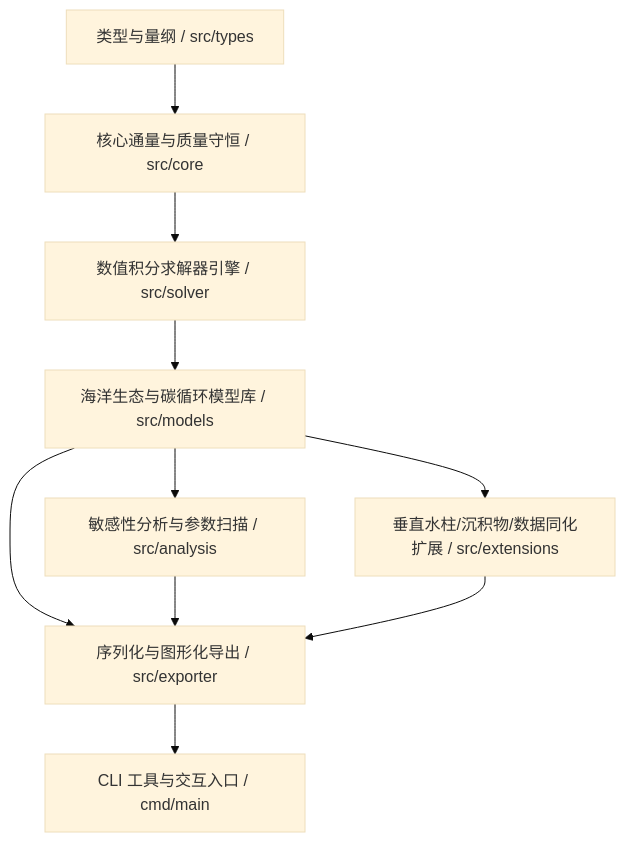
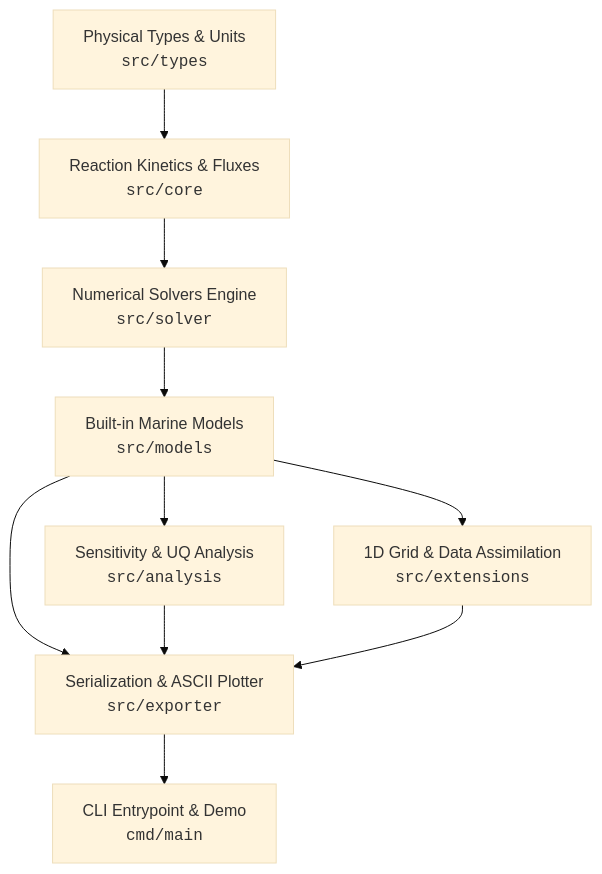
The diagram in README.md (lqlnvj/moonbit-biogeochem), drawn with Mermaid (base theme) before and after one commit. The commit also changed other lines of this file, not shown here.

````diff
--- a/README.md
+++ b/README.md
@@ -36,10 +26,10 @@
 ```mermaid
 flowchart TD
-    A[类型与量纲 / src/types] --> B[核心通量与质量守恒 / src/core]
-    B --> C[数值积分求解器引擎 / src/solver]
-    C --> D[海洋生态与碳循环模型库 / src/models]
-    D --> E[敏感性分析与参数扫描 / src/analysis]
-    D --> F[垂直水柱/沉积物/数据同化扩展 / src/extensions]
-    D & E & F --> G[序列化与图形化导出 / src/exporter]
-    G --> H[CLI 工具与交互入口 / cmd/main]
+    A["Physical Types & Units<br/><code>src/types</code>"] --> B["Reaction Kinetics & Fluxes<br/><code>src/core</code>"]
+    B --> C["Numerical Solvers Engine<br/><code>src/solver</code>"]
+    C --> D["Built-in Marine Models<br/><code>src/models</code>"]
+    D --> E["Sensitivity & UQ Analysis<br/><code>src/analysis</code>"]
+    D --> F["1D Grid & Data Assimilation<br/><code>src/extensions</code>"]
+    D & E & F --> G["Serialization & ASCII Plotter<br/><code>src/exporter</code>"]
+    G --> H["CLI Entrypoint & Demo<br/><code>cmd/main</code>"]
 ```
````
